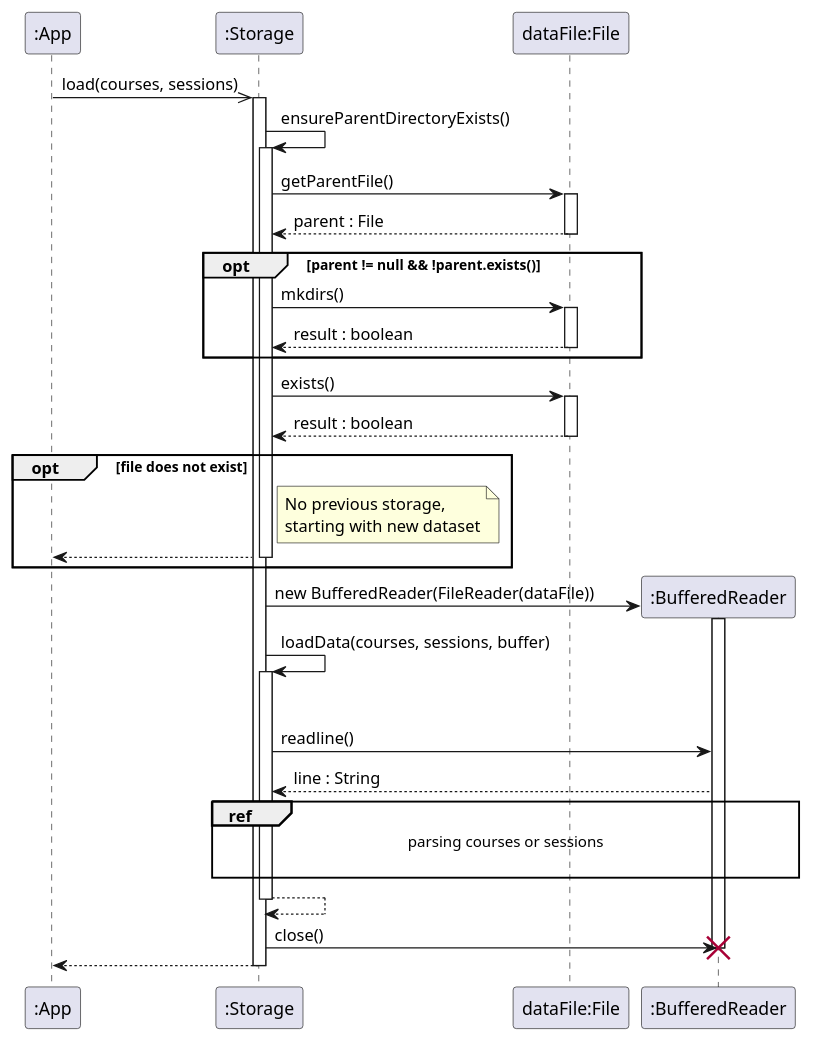
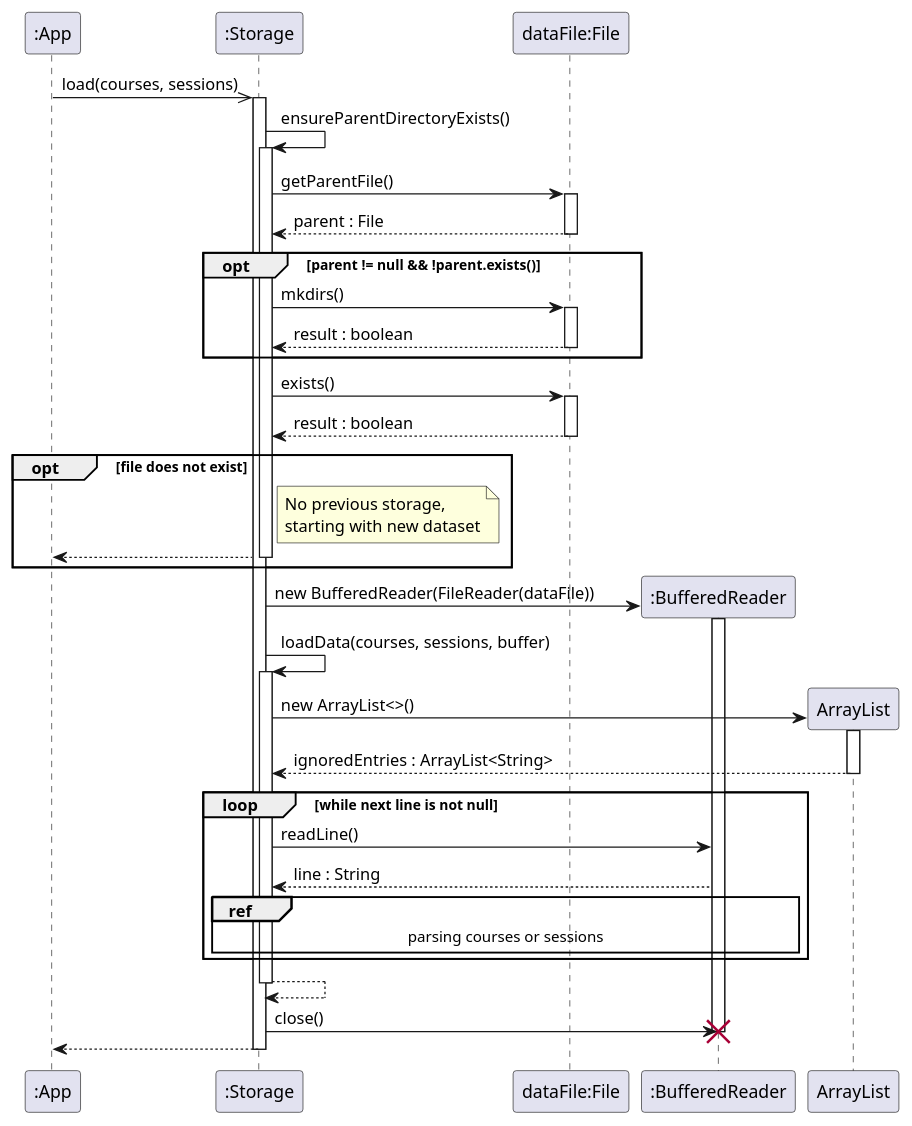
One commit to t-kandasami/tp changed the diagram in docs/diagrams/StorageLoadSequenceDiagram.puml. Above: the diagram before and after it, drawn with PlantUML. The commit also changed 2 other files, not shown here.

Commit message:
fix: Add missing loop frame in storage (load) sequence diagram

```diff
--- a/docs/diagrams/StorageLoadSequenceDiagram.puml
+++ b/docs/diagrams/StorageLoadSequenceDiagram.puml
@@ -1,66 +1,69 @@
 @startuml
 'https://plantuml.com/sequence-diagram
 
 participant ":App" as App
 participant ":Storage" as Storage
 participant "dataFile:File" as File
 participant ":BufferedReader" as BR
 
 
 App ->> Storage: load(courses, sessions)
 activate Storage
 
 Storage -> Storage: ensureParentDirectoryExists()
 activate Storage
 
 Storage -> File: getParentFile()
 activate File
 
 File --> Storage: parent : File
 deactivate File
 
 opt parent != null && !parent.exists()
     Storage -> File: mkdirs()
     activate File
 
     File --> Storage: result : boolean
     deactivate File
 end
 
 Storage -> File: exists()
 activate File
 File --> Storage: result : boolean
 deactivate File
 
 opt file does not exist
     note right of Storage: No previous storage,\nstarting with new dataset
     Storage --> App
     deactivate Storage
 end
 
 Storage -> BR**: new BufferedReader(FileReader(dataFile))
 activate BR
 
 Storage -> Storage: loadData(courses, sessions, buffer)
 activate Storage
 
+    Storage -> ArrayList**: new ArrayList<>()
+    activate ArrayList
+    ArrayList --> Storage: ignoredEntries : ArrayList<String>
+    deactivate ArrayList
 
 loop while next line is not null
-Storage -> BR: readline()
+Storage -> BR: readLine()
     BR --> Storage: line : String
-
     ref over BR, Storage
-    parsing courses or sessions
-
+        parsing courses or sessions
+    end
 end
 
 Storage --> Storage:
 deactivate Storage
 
 Storage -> BR: close()
 deactivate BR
 destroy BR
 Storage --> App
 deactivate Storage
 
 @enduml
```
